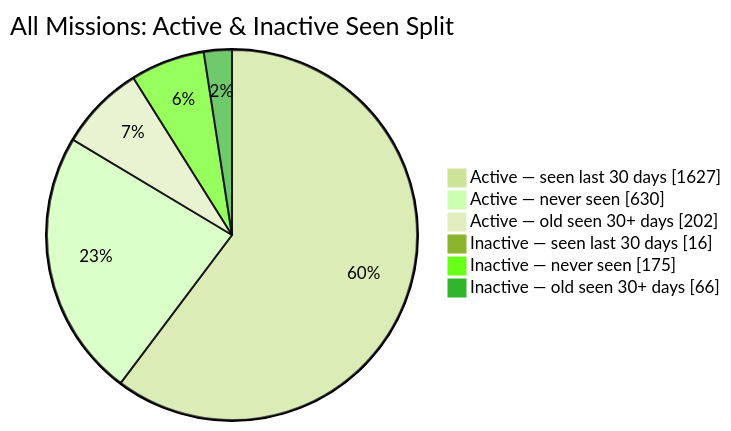
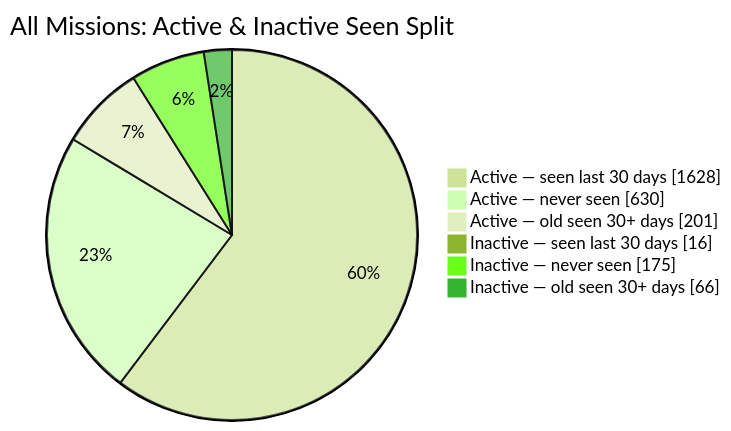
The second of 2 diagrams in README.md (MeldkamerspelGameTeam/active-missions), drawn with Mermaid (forest theme) before and after one commit. The commit also changed other lines of this file and 2 other files, not shown here.

````diff
--- a/README.md
+++ b/README.md
@@ -44,10 +44,10 @@
 ```mermaid
 pie showData
     title All Missions: Active & Inactive Seen Split
-    "Active — seen last 30 days" : 1627
+    "Active — seen last 30 days" : 1628
     "Active — never seen" : 630
-    "Active — old seen 30+ days" : 202
+    "Active — old seen 30+ days" : 201
     "Inactive — seen last 30 days" : 16
     "Inactive — never seen" : 175
     "Inactive — old seen 30+ days" : 66
 ```
````
